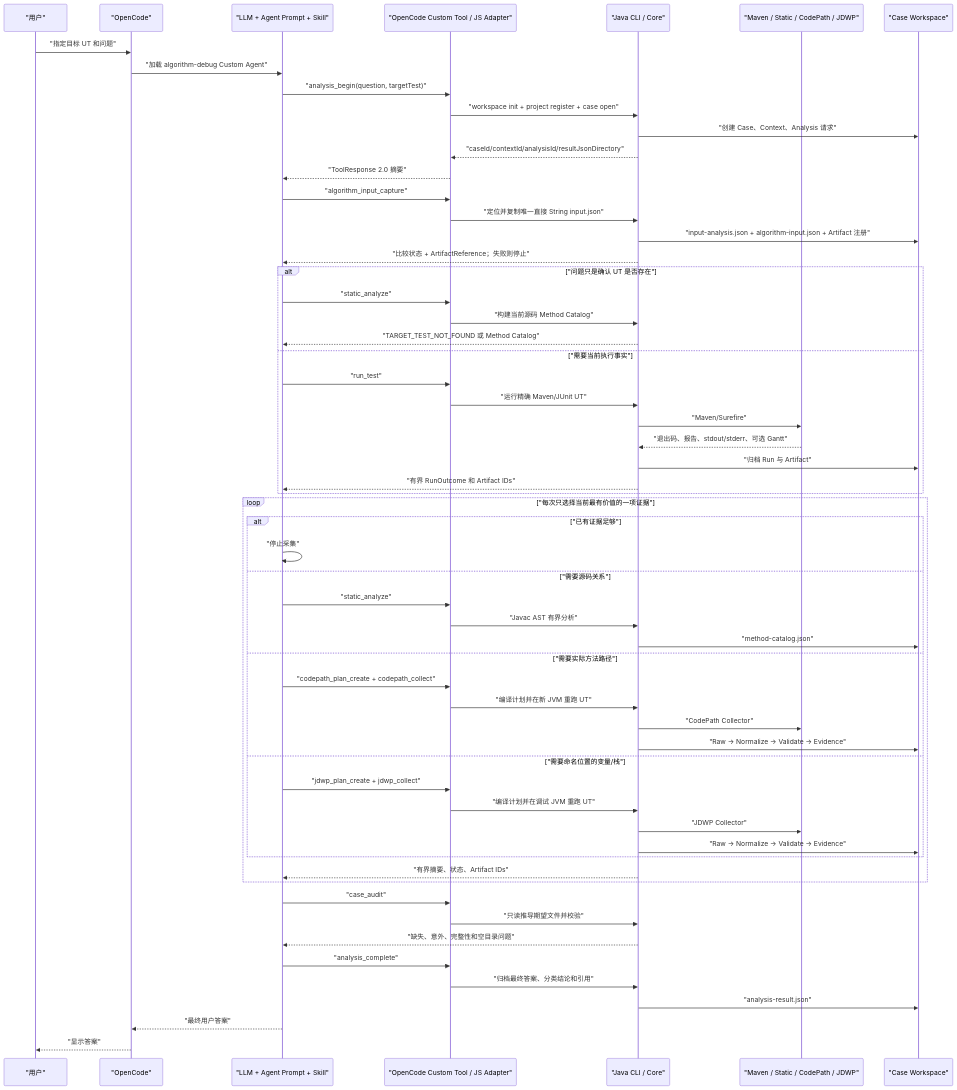
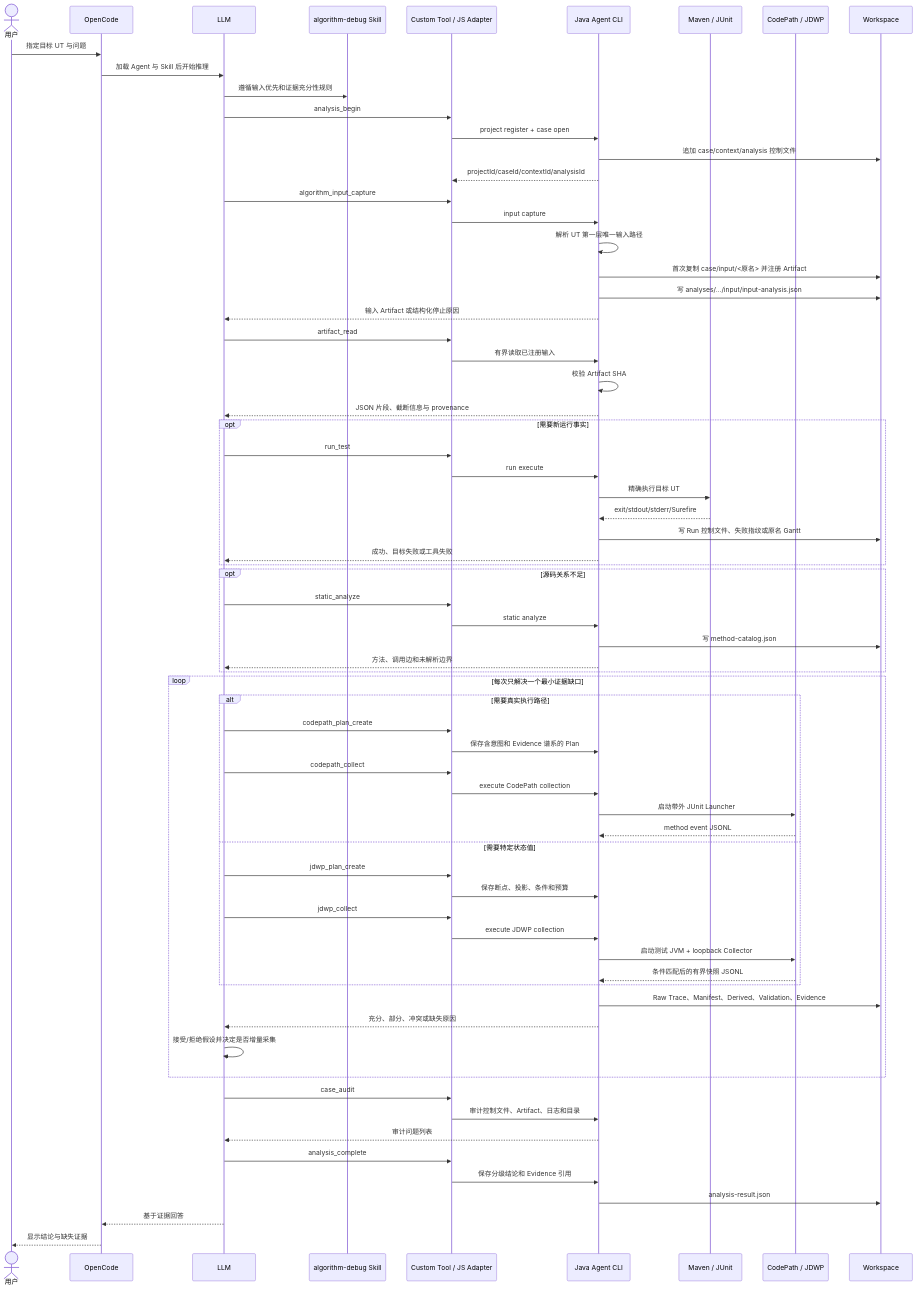
Before and after one commit to mh90901119-oss/algorithm-debug-agent: the diagram in docs/algorithm-debug-workflow-and-artifacts.md, drawn with Mermaid. The commit also changed other lines of this file and 94 other files, not shown here.

````diff
--- a/docs/algorithm-debug-workflow-and-artifacts.md
+++ b/docs/algorithm-debug-workflow-and-artifacts.md
@@ -15,66 +19,78 @@
 ```mermaid
 sequenceDiagram
-    participant U as "用户"
-    participant O as "OpenCode"
-    participant L as "LLM + Agent Prompt + Skill"
-    participant T as "OpenCode Custom Tool / JS Adapter"
-    participant C as "Java CLI / Core"
-    participant P as "Maven / Static / CodePath / JDWP"
-    participant W as "Case Workspace"
+    actor U as 用户
+    participant O as OpenCode
+    participant L as LLM
+    participant S as algorithm-debug Skill
+    participant T as Custom Tool / JS Adapter
+    participant A as Java Agent CLI
+    participant M as Maven / JUnit
+    participant C as CodePath / JDWP
+    participant W as Workspace
 
-    U->>O: "指定目标 UT 和问题"
-    O->>L: "加载 algorithm-debug Custom Agent"
-    L->>T: "analysis_begin(question, targetTest)"
-    T->>C: "workspace init + project register + case open"
-    C->>W: "创建 Case、Context、Analysis 请求"
-    C-->>T: "caseId/contextId/analysisId/resultJsonDirectory"
-    T-->>L: "ToolResponse 2.0 摘要"
+    U->>O: 指定目标 UT 与问题
+    O->>L: 加载 Agent 与 Skill 后开始推理
+    L->>S: 遵循输入优先和证据充分性规则
+    L->>T: analysis_begin
+    T->>A: project register + case open
+    A->>W: 追加 case/context/analysis 控制文件
+    A-->>T: projectId/caseId/contextId/analysisId
 
-    L->>T: "algorithm_input_capture"
-    T->>C: "定位并复制唯一直接 String input.json"
-    C->>W: "input-analysis.json + algorithm-input.json + Artifact 注册"
-    C-->>L: "比较状态 + ArtifactReference；失败则停止"
+    L->>T: algorithm_input_capture
+    T->>A: input capture
+    A->>A: 解析 UT 第一层唯一输入路径
+    A->>W: 首次复制 case/input/<原名> 并注册 Artifact
+    A->>W: 写 analyses/.../input/input-analysis.json
+    A-->>L: 输入 Artifact 或结构化停止原因
 
-    alt "问题只是确认 UT 是否存在"
-        L->>T: "static_analyze"
-        T->>C: "构建当前源码 Method Catalog"
-        C-->>L: "TARGET_TEST_NOT_FOUND 或 Method Catalog"
-    else "需要当前执行事实"
-        L->>T: "run_test"
-        T->>C: "运行精确 Maven/JUnit UT"
-        C->>P: "Maven/Surefire"
-        P-->>C: "退出码、报告、stdout/stderr、可选 Gantt"
-        C->>W: "归档 Run 与 Artifact"
-        C-->>L: "有界 RunOutcome 和 Artifact IDs"
+    L->>T: artifact_read
+    T->>A: 有界读取已注册输入
+    A->>A: 校验 Artifact SHA
+    A-->>L: JSON 片段、截断信息与 provenance
+
+    opt 需要新运行事实
+        L->>T: run_test
+        T->>A: run execute
+        A->>M: 精确执行目标 UT
+        M-->>A: exit/stdout/stderr/Surefire
+        A->>W: 写 Run 控制文件、失败指纹或原名 Gantt
+        A-->>L: 成功、目标失败或工具失败
     end
 
-    loop "每次只选择当前最有价值的一项证据"
-        alt "已有证据足够"
-            L->>L: "停止采集"
-        else "需要源码关系"
-            L->>T: "static_analyze"
-            T->>C: "Javac AST 有界分析"
-            C->>W: "method-catalog.json"
-        else "需要实际方法路径"
-            L->>T: "codepath_plan_create + codepath_collect"
-            T->>C: "编译计划并在新 JVM 重跑 UT"
-            C->>P: "CodePath Collector"
-            C->>W: "Raw -> Normalize -> Validate -> Evidence"
-        else "需要命名位置的变量/栈"
-            L->>T: "jdwp_plan_create + jdwp_collect"
-            T->>C: "编译计划并在调试 JVM 重跑 UT"
-            C->>P: "JDWP Collector"
-            C->>W: "Raw -> Normalize -> Validate -> Evidence"
-        end
-        C-->>L: "有界摘要、状态、Artifact IDs"
+    opt 源码关系不足
+        L->>T: static_analyze
+        T->>A: static analyze
+        A->>W: 写 method-catalog.json
+        A-->>L: 方法、调用边和未解析边界
     end
 
-    L->>T: "case_audit"
-    T->>C: "只读推导期望文件并校验"
-    C-->>L: "缺失、意外、完整性和空目录问题"
-    L->>T: "analysis_complete"
-    T->>C: "归档最终答案、分类结论和引用"
-    C->>W: "analysis-result.json"
-    L-->>O: "最终用户答案"
-    O-->>U: "显示答案"
+    loop 每次只解决一个最小证据缺口
+        alt 需要真实执行路径
+            L->>T: codepath_plan_create
+            T->>A: 保存含意图和 Evidence 谱系的 Plan
+            L->>T: codepath_collect
+            T->>A: execute CodePath collection
+            A->>C: 启动带外 JUnit Launcher
+            C-->>A: method event JSONL
+        else 需要特定状态值
+            L->>T: jdwp_plan_create
+            T->>A: 保存断点、投影、条件和预算
+            L->>T: jdwp_collect
+            T->>A: execute JDWP collection
+            A->>C: 启动测试 JVM + loopback Collector
+            C-->>A: 条件匹配后的有界快照 JSONL
+        end
+        A->>W: Raw Trace、Manifest、Derived、Validation、Evidence
+        A-->>L: 充分、部分、冲突或缺失原因
+        L->>L: 接受/拒绝假设并决定是否增量采集
+    end
+
+    L->>T: case_audit
+    T->>A: 审计控制文件、Artifact、日志和目录
+    A-->>L: 审计问题列表
+    L->>T: analysis_complete
+    T->>A: 保存分级结论和 Evidence 引用
+    A->>W: analysis-result.json
+    L-->>O: 基于证据回答
+    O-->>U: 显示结论与缺失证据
 ```
````
